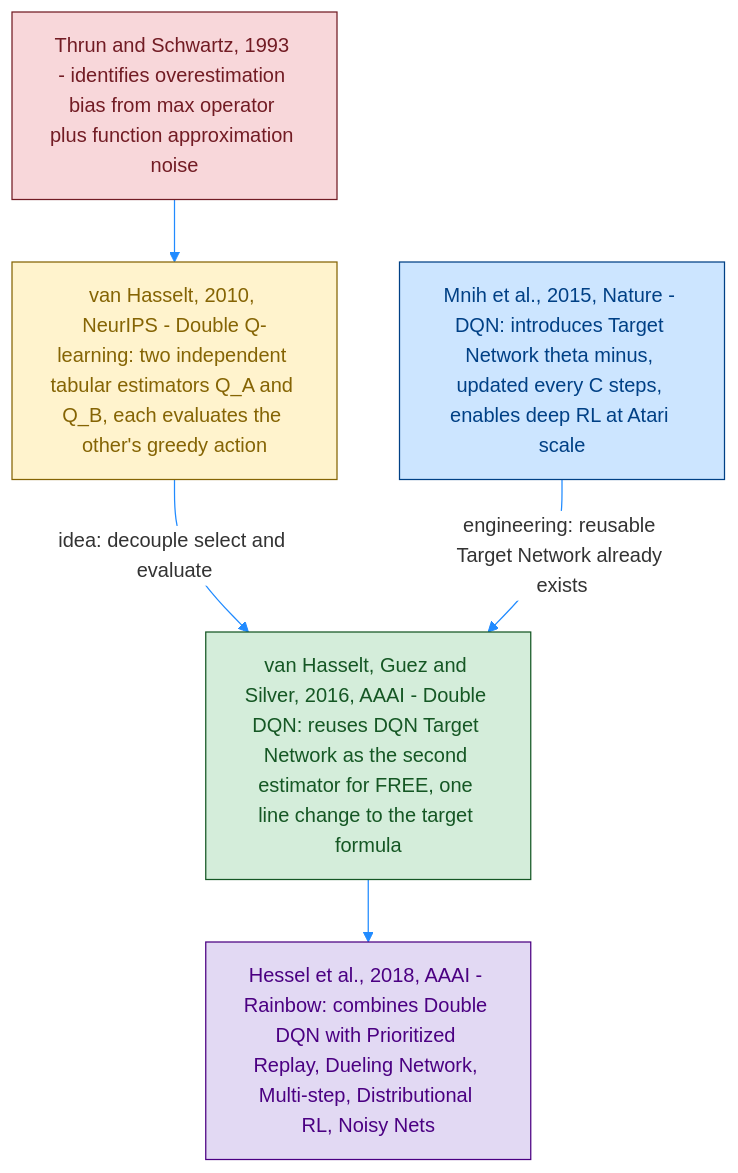
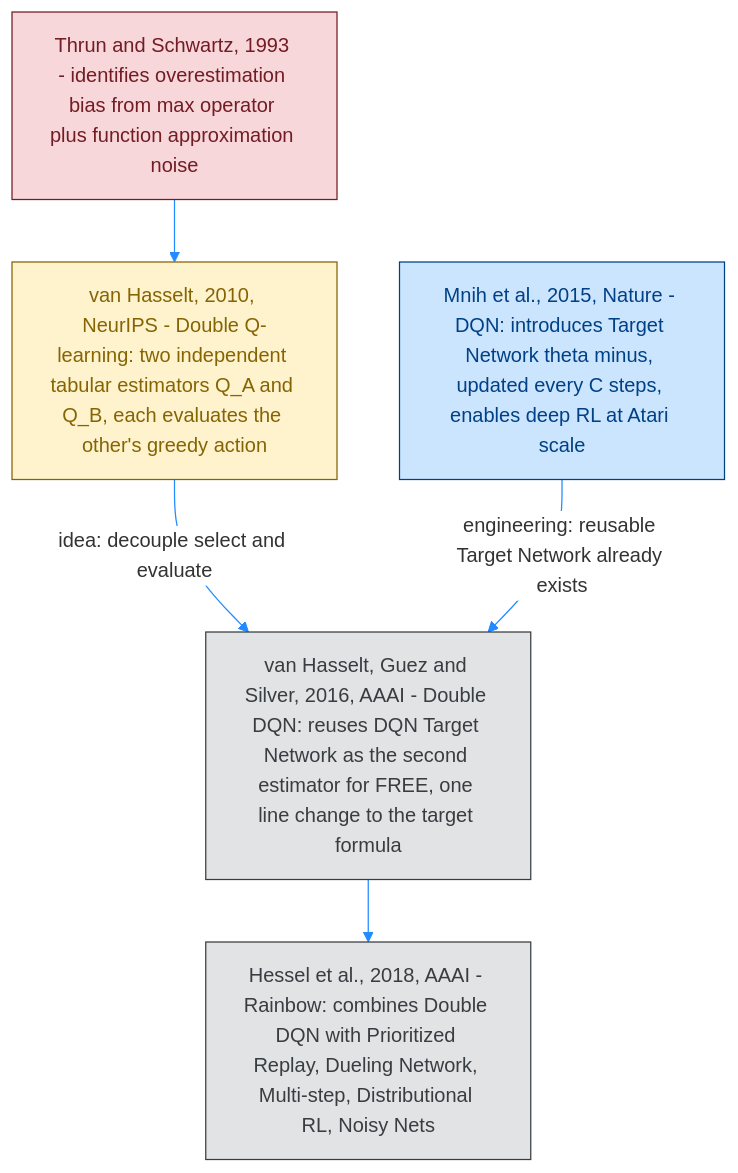
The first of 4 diagrams in Day81 RL python/02_Miguel Morales - Grokking Deep Reinforcement Learning/02_rl_with_dl/rom_photos/03_1_VB_DOUBLE_DQN.md (Open-Source-Robotics-For-Myanmar/rl), drawn with Mermaid before and after one commit. The commit also changed other lines of this file and 12 other files, not shown here.

````diff
--- a/Day81 RL python/02_Miguel Morales - Grokking Deep Reinforcement Learning/02_rl_with_dl/rom_photos/03_1_VB_DOUBLE_DQN.md
+++ b/Day81 RL python/02_Miguel Morales - Grokking Deep Reinforcement Learning/02_rl_with_dl/rom_photos/03_1_VB_DOUBLE_DQN.md
@@ -16,26 +39,24 @@
 ```mermaid
 %%{init: {'theme': 'base', 'themeVariables': { 'primaryColor': '#ffffff', 'lineColor': '#218bff'}}}%%
 graph TD
     P1[Thrun and Schwartz, 1993 - identifies overestimation bias from max operator plus function approximation noise]
     P2[van Hasselt, 2010, NeurIPS - Double Q-learning: two independent tabular estimators Q_A and Q_B, each evaluates the other's greedy action]
     P3[Mnih et al., 2015, Nature - DQN: introduces Target Network theta minus, updated every C steps, enables deep RL at Atari scale]
     P4[van Hasselt, Guez and Silver, 2016, AAAI - Double DQN: reuses DQN Target Network as the second estimator for FREE, one line change to the target formula]
     P5[Hessel et al., 2018, AAAI - Rainbow: combines Double DQN with Prioritized Replay, Dueling Network, Multi-step, Distributional RL, Noisy Nets]
 
     P1 --> P2
     P2 -->|idea: decouple select and evaluate| P4
     P3 -->|engineering: reusable Target Network already exists| P4
     P4 --> P5
 
-    classDef problem fill:#f8d7da,stroke:#721c24,stroke-width:1px,color:#721c24;
-    classDef tabular fill:#fff3cd,stroke:#856404,stroke-width:1px,color:#856404;
-    classDef dqn fill:#cce5ff,stroke:#004085,stroke-width:1px,color:#004085;
-    classDef ddqn fill:#d4edda,stroke:#155724,stroke-width:1px,color:#155724;
-    classDef rainbow fill:#e2d9f3,stroke:#4b0082,stroke-width:1px,color:#4b0082;
+    classDef data fill:#cce5ff,stroke:#004085,stroke-width:1px,color:#004085;
+    classDef batch fill:#fff3cd,stroke:#856404,stroke-width:1px,color:#856404;
+    classDef train fill:#f8d7da,stroke:#721c24,stroke-width:1px,color:#721c24;
+    classDef result fill:#e2e3e5,stroke:#383d41,stroke-width:1px,color:#383d41;
 
-    class P1 problem;
-    class P2 tabular;
-    class P3 dqn;
-    class P4 ddqn;
-    class P5 rainbow;
+    class P3 data;
+    class P2 batch;
+    class P1 train;
+    class P4,P5 result;
 ```
````
